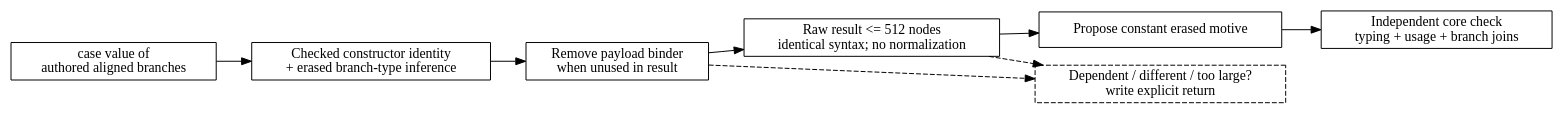
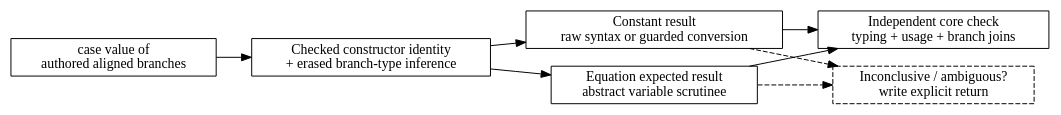
The diagram in docs/diagrams/data-motive-inference.dot (odunboye/fibril), drawn with Graphviz before and after one commit. The commit also changed 15 other files, not shown here.

Commit message:
Infer expected dependent data motives and guard conversion

```diff
--- a/docs/diagrams/data-motive-inference.dot
+++ b/docs/diagrams/data-motive-inference.dot
@@ -1,14 +1,14 @@
 digraph DataMotiveInference {
   rankdir=LR;
   node [shape=box];
   source [label="case value of\nauthored aligned branches"];
   types [label="Checked constructor identity\n+ erased branch-type inference"];
-  thin [label="Remove payload binder\nwhen unused in result"];
-  compare [label="Raw result <= 512 nodes\nidentical syntax; no normalization"];
-  motive [label="Propose constant erased motive"];
+  constant [label="Constant result\nraw syntax or guarded conversion"];
+  expected [label="Equation expected result\nabstract variable scrutinee"];
   checker [label="Independent core check\ntyping + usage + branch joins"];
-  fallback [label="Dependent / different / too large?\nwrite explicit return", style=dashed];
-  source -> types -> thin -> compare -> motive -> checker;
-  thin -> fallback [style=dashed];
-  compare -> fallback [style=dashed];
+  fallback [label="Inconclusive / ambiguous?\nwrite explicit return", style=dashed];
+  source -> types -> constant -> checker;
+  types -> expected -> checker;
+  constant -> fallback [style=dashed];
+  expected -> fallback [style=dashed];
 }
```
